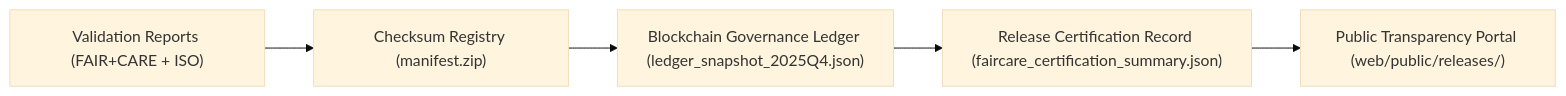
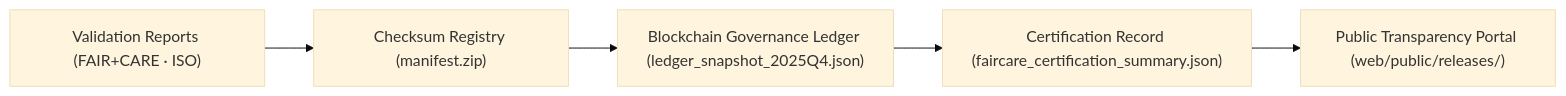
Before and after one commit to bartytime4life/Kansas-Frontier-Matrix: the fourth of 5 diagrams in docs/architecture/data-flow-diagrams.md, drawn with Mermaid (base theme). The commit also changed other lines of this file, not shown here.

Commit message:
Update data flow diagrams to version 9.7.0

````diff
--- a/docs/architecture/data-flow-diagrams.md
+++ b/docs/architecture/data-flow-diagrams.md
@@ -125,7 +124,7 @@
 ```mermaid
 flowchart LR
-    A["Validation Reports (FAIR+CARE + ISO)"] --> B["Checksum Registry (manifest.zip)"]
+    A["Validation Reports (FAIR+CARE · ISO)"] --> B["Checksum Registry (manifest.zip)"]
     B --> C["Blockchain Governance Ledger (ledger_snapshot_2025Q4.json)"]
-    C --> D["Release Certification Record (faircare_certification_summary.json)"]
+    C --> D["Certification Record (faircare_certification_summary.json)"]
     D --> E["Public Transparency Portal (web/public/releases/)"]
 ```
````
